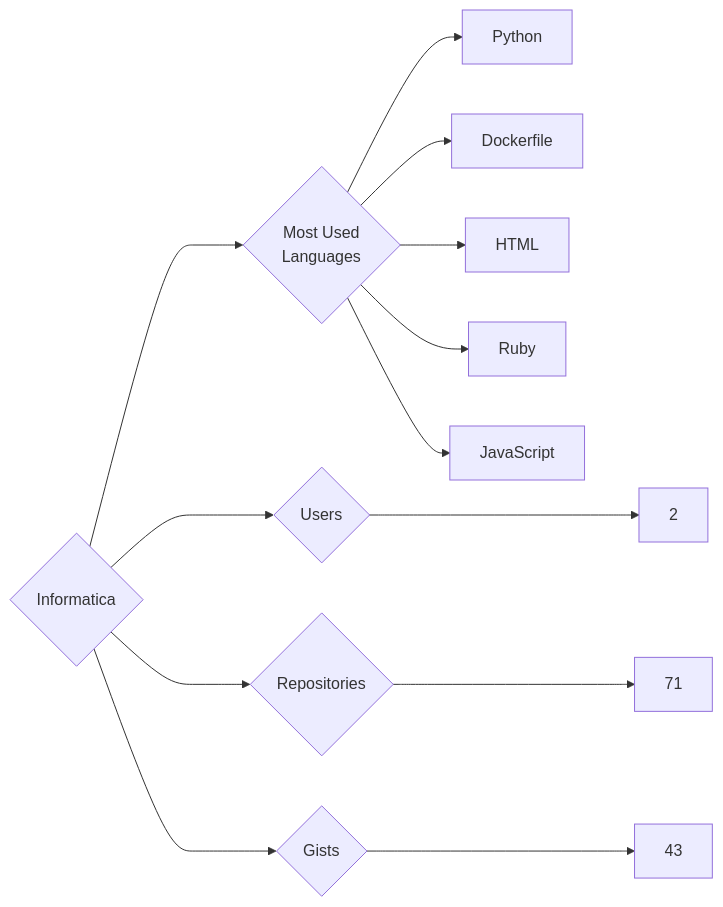
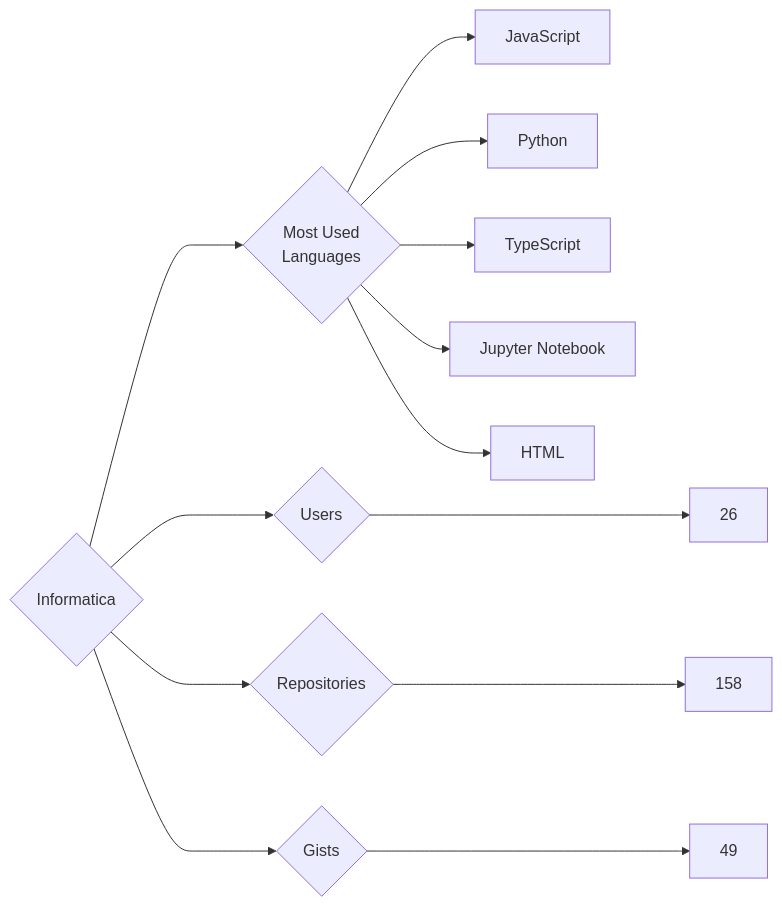
Before and after one commit to trickest/insiders: the diagram in targets/Informatica/README.md, drawn with Mermaid. The commit also changed 823 other files, not shown here.

````diff
--- a/targets/Informatica/README.md
+++ b/targets/Informatica/README.md
@@ -3,13 +3,13 @@
 ```mermaid
 graph LR
 COMPANY_NAME{Informatica}
-COMPANY_NAME ---> U{Users} ---> UN[2]
-COMPANY_NAME ---> R{Repositories} ---> RN[71]
-COMPANY_NAME ---> G{Gists} ---> GN[43]
+COMPANY_NAME ---> U{Users} ---> UN[26]
+COMPANY_NAME ---> R{Repositories} ---> RN[158]
+COMPANY_NAME ---> G{Gists} ---> GN[49]
 COMPANY_NAME ---> ML{Most Used<br>Languages}
+ML --> JavaScript[JavaScript]
 ML --> Python[Python]
-ML --> Dockerfile[Dockerfile]
+ML --> TypeScript[TypeScript]
+ML --> Jupyter_Notebook[Jupyter Notebook]
 ML --> HTML[HTML]
-ML --> Ruby[Ruby]
-ML --> JavaScript[JavaScript]
 ```
````
